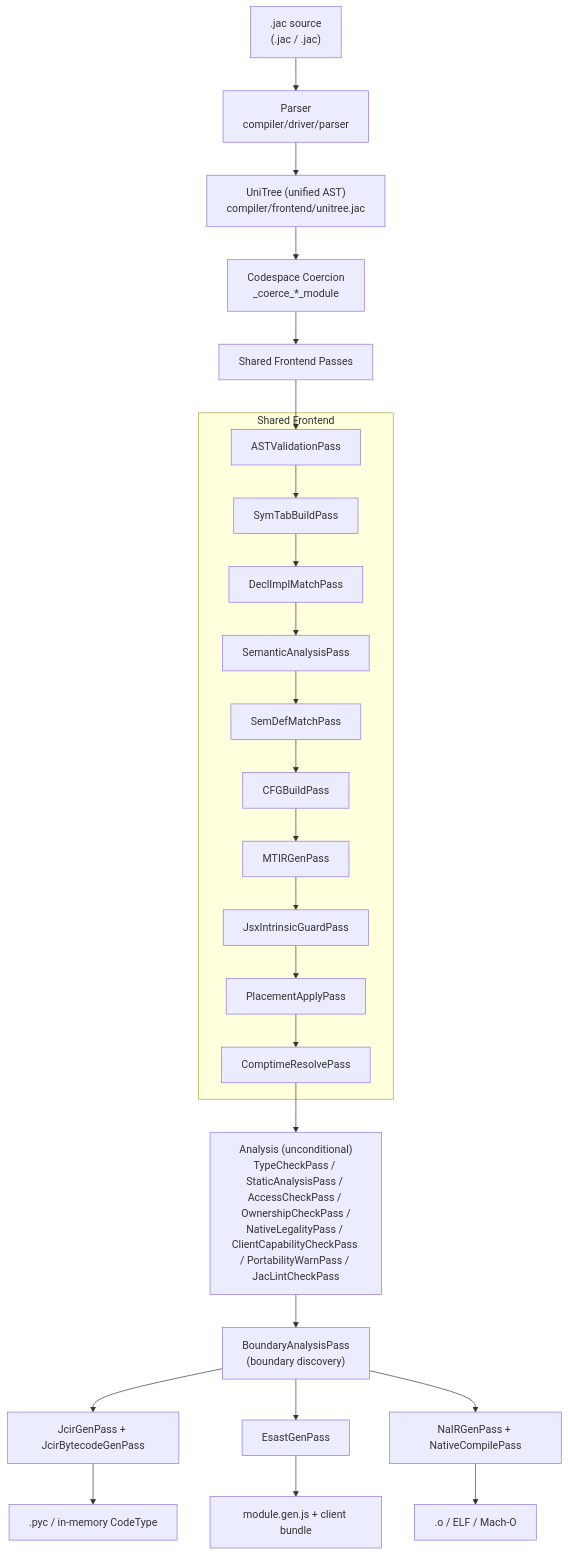
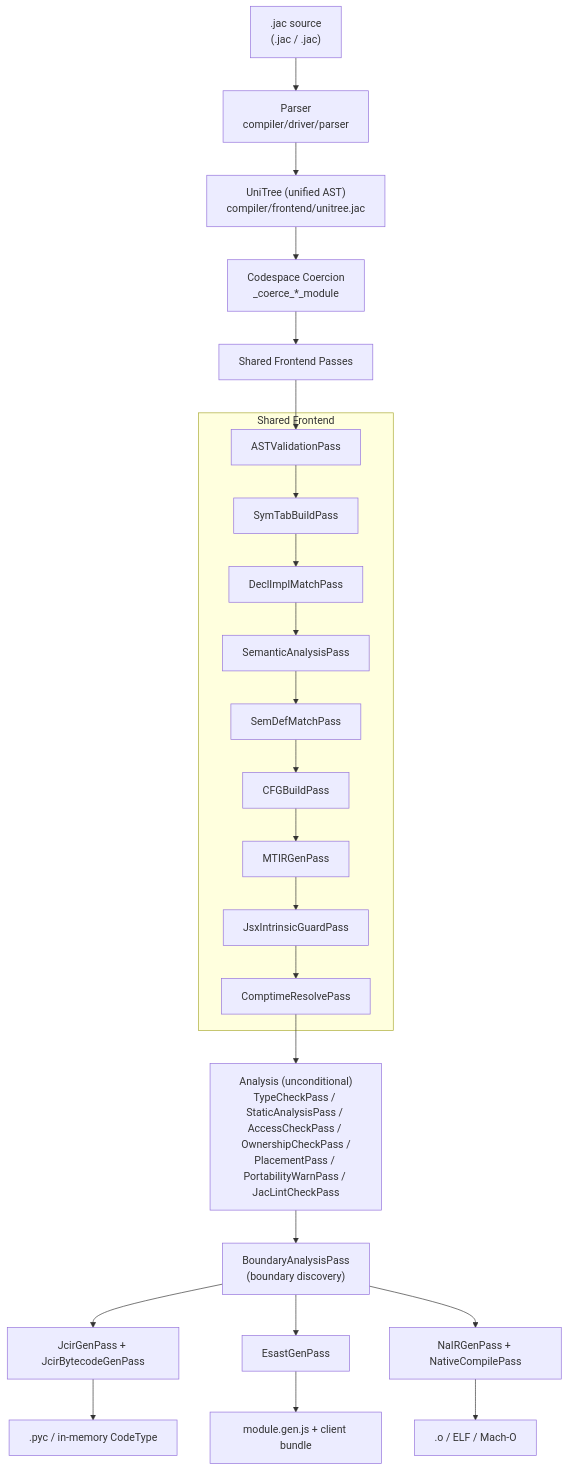
One commit to jaseci-labs/jac changed the second of 3 diagrams in jac/jaclang/cli/docs/internals/compiler_architecture.md. Above: the diagram before and after it, drawn with Mermaid. The commit also changed other lines of this file and 17 other files, not shown here.

First line of the commit message:
refactor(placement): one placement pass, per element, after analysis, for every codespace (#9860)

````diff
--- a/jac/jaclang/cli/docs/internals/compiler_architecture.md
+++ b/jac/jaclang/cli/docs/internals/compiler_architecture.md
@@ -98,31 +98,30 @@
 ```mermaid
 graph TD
     SRC[".jac source<br/>(.jac / .jac)"] --> PARSE[Parser<br/>compiler/driver/parser]
     PARSE --> UNI["UniTree (unified AST)<br/>compiler/frontend/unitree.jac"]
     UNI --> COERCE["Codespace Coercion<br/>_coerce_*_module"]
     COERCE --> FRONTEND[Shared Frontend Passes]
 
     subgraph FRONTEND_PASSES["Shared Frontend"]
         FE1[ASTValidationPass]
         FE2[SymTabBuildPass]
         FE3[DeclImplMatchPass]
         FE4[SemanticAnalysisPass]
         FE5[SemDefMatchPass]
         FE6[CFGBuildPass]
         FE7[MTIRGenPass]
         FE8[JsxIntrinsicGuardPass]
-        FE9[PlacementApplyPass]
         FE10[ComptimeResolvePass]
     end
 
-    FRONTEND --> FE1 --> FE2 --> FE3 --> FE4 --> FE5 --> FE6 --> FE7 --> FE8 --> FE9 --> FE10
-    FE10 --> TYPECK["Analysis (unconditional)<br/>TypeCheckPass / StaticAnalysisPass / AccessCheckPass / OwnershipCheckPass /<br/>NativeLegalityPass / ClientCapabilityCheckPass / PortabilityWarnPass / JacLintCheckPass"]
+    FRONTEND --> FE1 --> FE2 --> FE3 --> FE4 --> FE5 --> FE6 --> FE7 --> FE8 --> FE10
+    FE10 --> TYPECK["Analysis (unconditional)<br/>TypeCheckPass / StaticAnalysisPass / AccessCheckPass / OwnershipCheckPass /<br/>PlacementPass / PortabilityWarnPass / JacLintCheckPass"]
     TYPECK --> INTEROP["BoundaryAnalysisPass<br/>(boundary discovery)"]
     INTEROP --> SV[JcirGenPass + JcirBytecodeGenPass]
     INTEROP --> CL[EsastGenPass]
     INTEROP --> NA[NaIRGenPass + NativeCompilePass]
 
     SV --> SVOUT[".pyc / in-memory CodeType"]
     CL --> CLOUT["module.gen.js + client bundle"]
     NA --> NAOUT[".o / ELF / Mach-O"]
 ```
````
